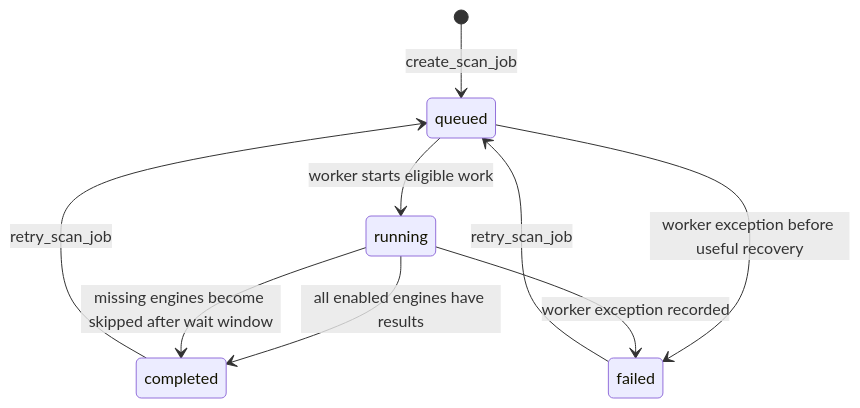
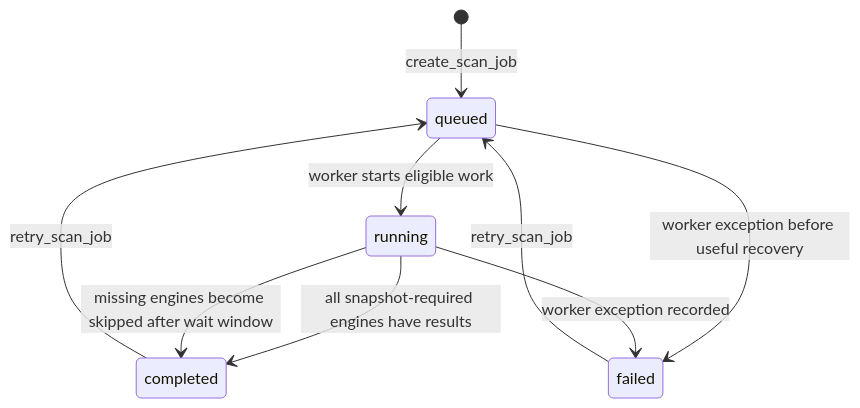
One commit to zapbroob99/multi-av-scan-pipeline changed the second of 3 diagrams in docs/architecture/SCAN_EXECUTION_FLOW.md. Above: the diagram before and after it, drawn with Mermaid. The commit also changed other lines of this file and 31 other files, not shown here.

````diff
--- a/docs/architecture/SCAN_EXECUTION_FLOW.md
+++ b/docs/architecture/SCAN_EXECUTION_FLOW.md
@@ -128,11 +132,11 @@
 ```mermaid
 stateDiagram-v2
     [*] --> queued: create_scan_job
     queued --> running: worker starts eligible work
-    running --> completed: all enabled engines have results
+    running --> completed: all snapshot-required engines have results
     running --> completed: missing engines become skipped after wait window
     queued --> failed: worker exception before useful recovery
     running --> failed: worker exception recorded
     completed --> queued: retry_scan_job
     failed --> queued: retry_scan_job
 ```
````
